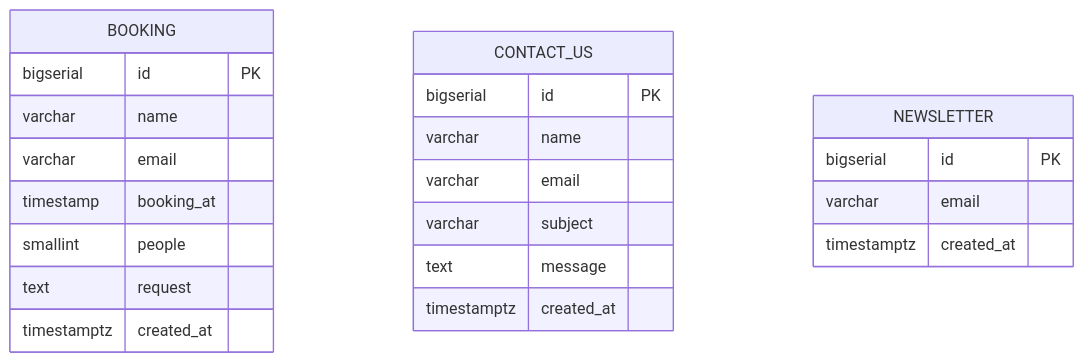
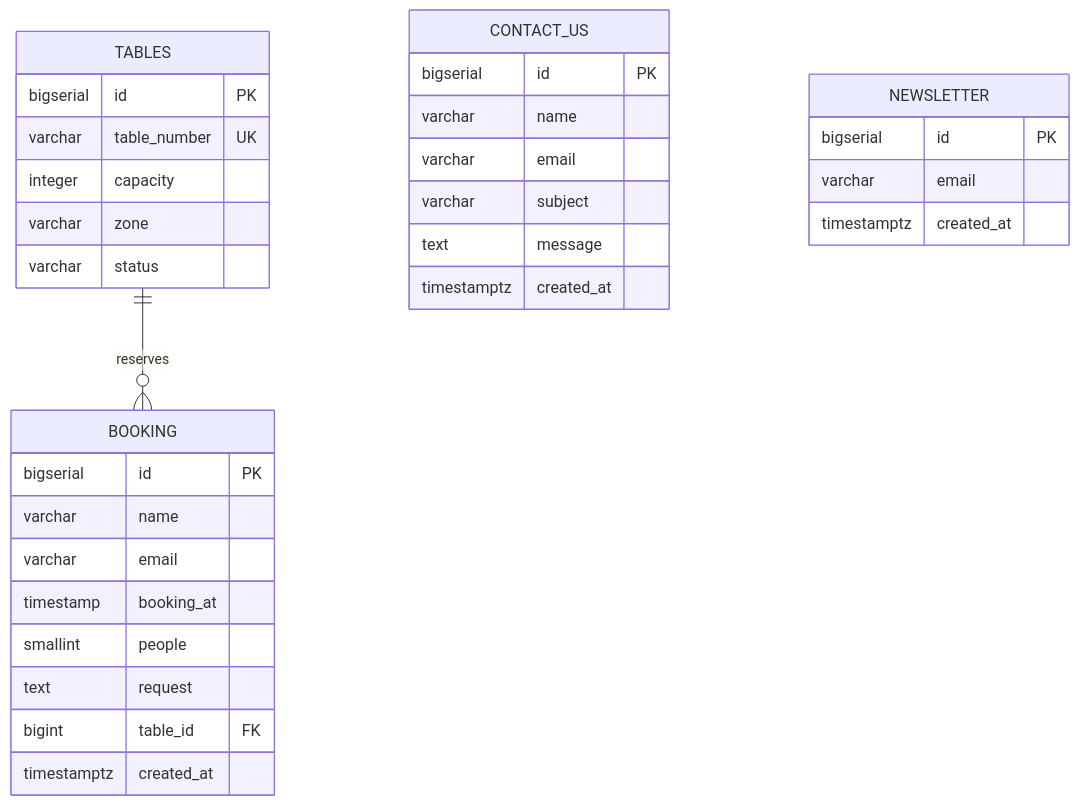
Before and after one commit to gopaljilab/OmRestaurant: the second of 3 diagrams in README.md, drawn with Mermaid. The commit also changed other lines of this file and 7 other files, not shown here.

````diff
--- a/README.md
+++ b/README.md
@@ -170,27 +184,38 @@
 ```mermaid
 erDiagram
+    TABLES {
+        bigserial id PK
+        varchar table_number UK
+        integer capacity
+        varchar zone
+        varchar status
+    }
+
     BOOKING {
         bigserial id PK
         varchar name
         varchar email
         timestamp booking_at
         smallint people
         text request
+        bigint table_id FK
         timestamptz created_at
     }
 
     CONTACT_US {
         bigserial id PK
         varchar name
         varchar email
         varchar subject
         text message
         timestamptz created_at
     }
 
     NEWSLETTER {
         bigserial id PK
         varchar email
         timestamptz created_at
     }
+
+    TABLES ||--o{ BOOKING : reserves
 ```
````
